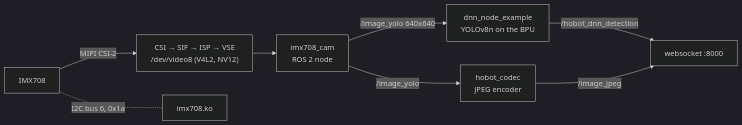
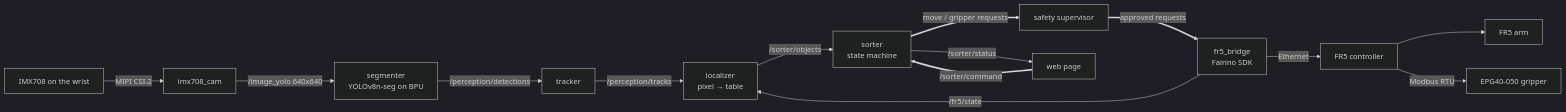
The diagram in projects/ZakiePanahipour-Project-RDKX5-IMX708-YOLO.md (D-Robotics/Robotics-Dream-Keeper-Challenge-Winter), drawn with Mermaid (dark theme) before and after one commit. The commit also changed other lines of this file, not shown here.

````diff
--- a/projects/ZakiePanahipour-Project-RDKX5-IMX708-YOLO.md
+++ b/projects/ZakiePanahipour-Project-RDKX5-IMX708-YOLO.md
@@ -53,10 +88,16 @@
 ```mermaid
 flowchart LR
-  S["IMX708"] -- "MIPI CSI-2" --> P["CSI → SIF → ISP → VSE<br/>/dev/video8 (V4L2, NV12)"]
-  S -. "I2C bus 6, 0x1a" .- D["imx708.ko"]
-  P --> C["imx708_cam<br/>ROS 2 node"]
-  C -- "/image_yolo 640x640" --> Y["dnn_node_example<br/>YOLOv8n on the BPU"]
-  C -- "/image_yolo" --> J["hobot_codec<br/>JPEG encoder"]
-  Y -- "/hobot_dnn_detection" --> W["websocket :8000"]
-  J -- "/image_jpeg" --> W
+  CAM["IMX708 on the wrist"] -- "MIPI CSI-2" --> CAMN["imx708_cam"]
+  CAMN -- "/image_yolo 640x640" --> SEG["segmenter<br/>YOLOv8n-seg on BPU"]
+  SEG -- "/perception/detections" --> TRK["tracker"]
+  TRK -- "/perception/tracks" --> LOC["localizer<br/>pixel → table"]
+  BR["fr5_bridge<br/>Fairino SDK"] -- "/fr5/state" --> LOC
+  LOC -- "/sorter/objects" --> SORT["sorter<br/>state machine"]
+  SORT == "move / gripper requests" ==> SAFE["safety supervisor"]
+  SAFE == "approved requests" ==> BR
+  BR -- "Ethernet" --> CTRL["FR5 controller"]
+  CTRL --> ARM["FR5 arm"]
+  CTRL -- "Modbus RTU" --> GRIP["EPG40-050 gripper"]
+  SORT -- "/sorter/status" --> WEB["web page"]
+  WEB == "/sorter/command" ==> SORT
 ```
````
